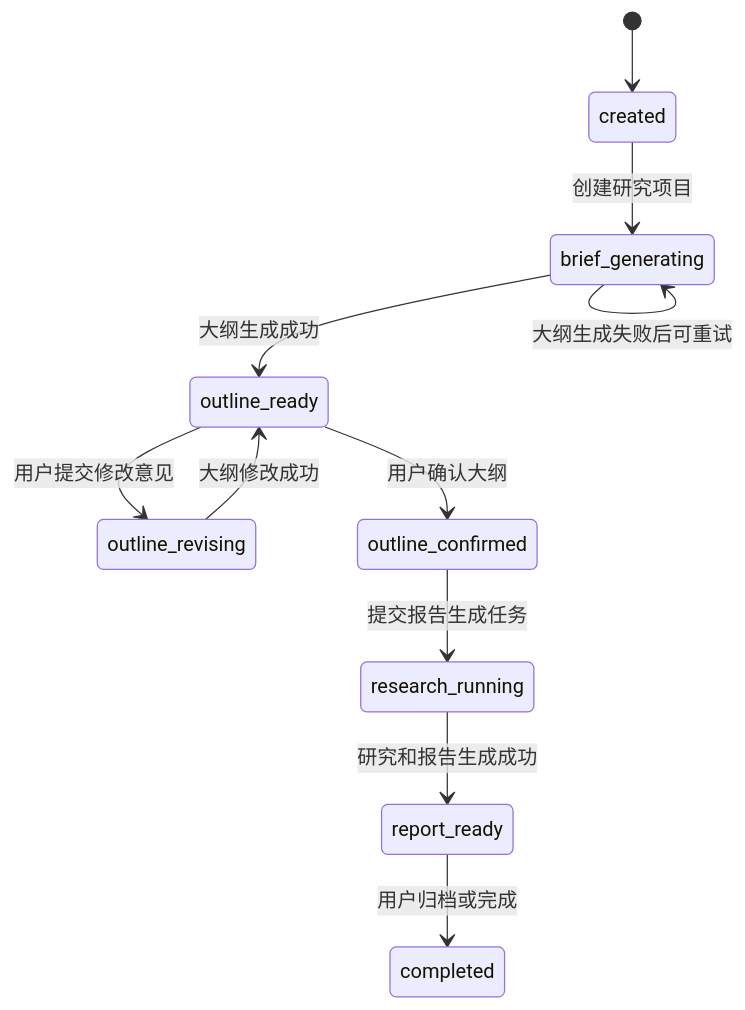
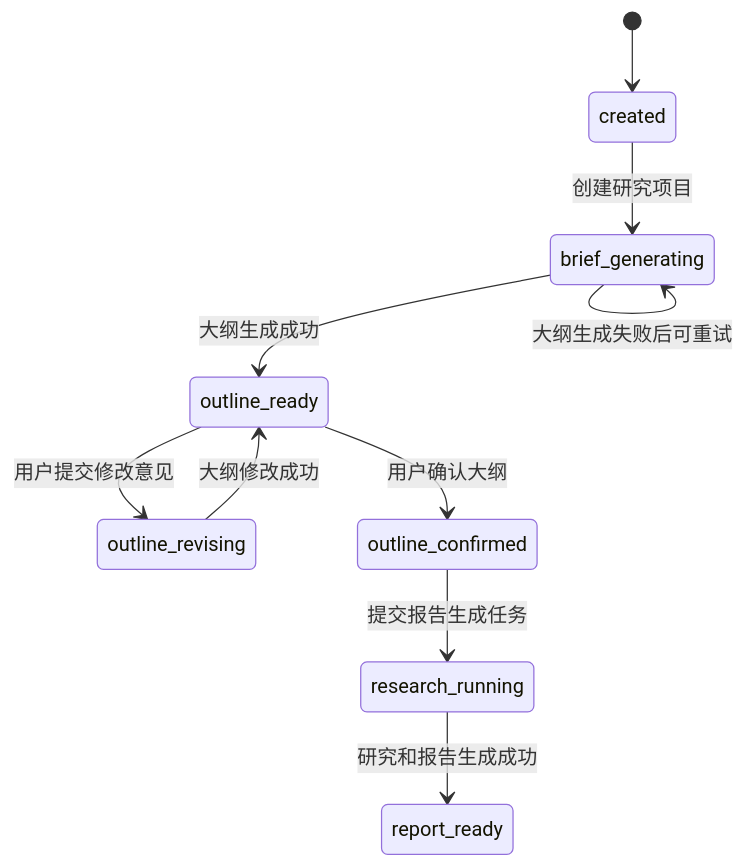
Before and after one commit to JxKim/DeepResearch: the second of 5 diagrams in 最终课件/02_异步任务构建和数据存储.md, drawn with Mermaid. The commit also changed other lines of this file and 9 other files, not shown here.

````diff
--- a/最终课件/02_异步任务构建和数据存储.md
+++ b/最终课件/02_异步任务构建和数据存储.md
@@ -300,13 +298,12 @@
 ```mermaid
 stateDiagram-v2
     [*] --> created
     created --> brief_generating: 创建研究项目
     brief_generating --> outline_ready: 大纲生成成功
     brief_generating --> brief_generating: 大纲生成失败后可重试
     outline_ready --> outline_revising: 用户提交修改意见
     outline_revising --> outline_ready: 大纲修改成功
     outline_ready --> outline_confirmed: 用户确认大纲
     outline_confirmed --> research_running: 提交报告生成任务
     research_running --> report_ready: 研究和报告生成成功
-    report_ready --> completed: 用户归档或完成
 ```
````
